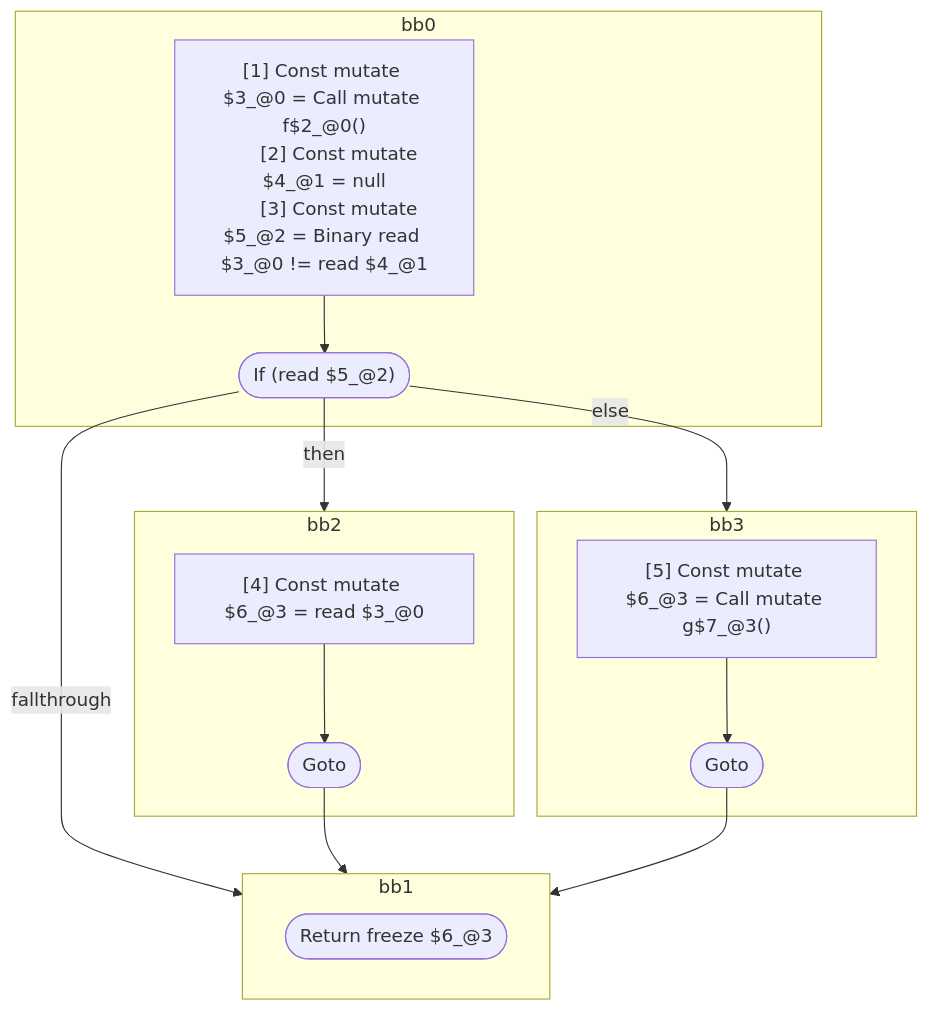
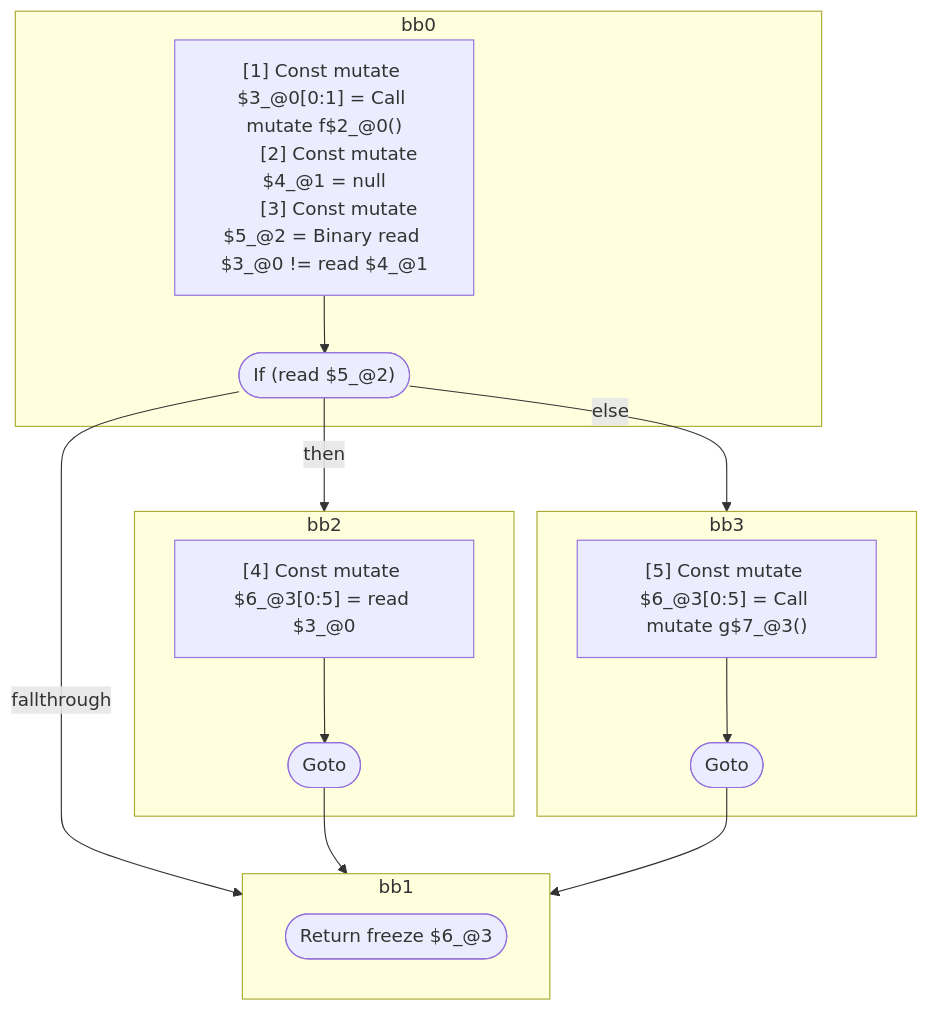
One commit to wutsmog/private changed the third of 5 diagrams in compiler/forget/src/__tests__/fixtures/hir/logical-expression.expect.md. Above: the diagram before and after it, drawn with Mermaid. The commit also changed other lines of this file and 33 other files, not shown here.

````diff
--- a/compiler/forget/src/__tests__/fixtures/hir/logical-expression.expect.md
+++ b/compiler/forget/src/__tests__/fixtures/hir/logical-expression.expect.md
@@ -177,35 +177,35 @@
 ```mermaid
 flowchart TB
   %% Basic Blocks
   subgraph bb0
     bb0_instrs["
-      [1] Const mutate $3_@0 = Call mutate f$2_@0()
+      [1] Const mutate $3_@0[0:1] = Call mutate f$2_@0()
       [2] Const mutate $4_@1 = null
       [3] Const mutate $5_@2 = Binary read $3_@0 != read $4_@1
     "]
     bb0_instrs --> bb0_terminal(["If (read $5_@2)"])
   end
   subgraph bb2
     bb2_instrs["
-      [4] Const mutate $6_@3 = read $3_@0
+      [4] Const mutate $6_@3[0:5] = read $3_@0
     "]
     bb2_instrs --> bb2_terminal(["Goto"])
   end
   subgraph bb3
     bb3_instrs["
-      [5] Const mutate $6_@3 = Call mutate g$7_@3()
+      [5] Const mutate $6_@3[0:5] = Call mutate g$7_@3()
     "]
     bb3_instrs --> bb3_terminal(["Goto"])
   end
   subgraph bb1
     bb1_terminal(["Return freeze $6_@3"])
   end
 
   %% Jumps
   bb0_terminal -- then --> bb2
   bb0_terminal -- else --> bb3
   bb0_terminal -- fallthrough --> bb1
   bb2_terminal --> bb1
   bb3_terminal --> bb1
 
 ```
````
